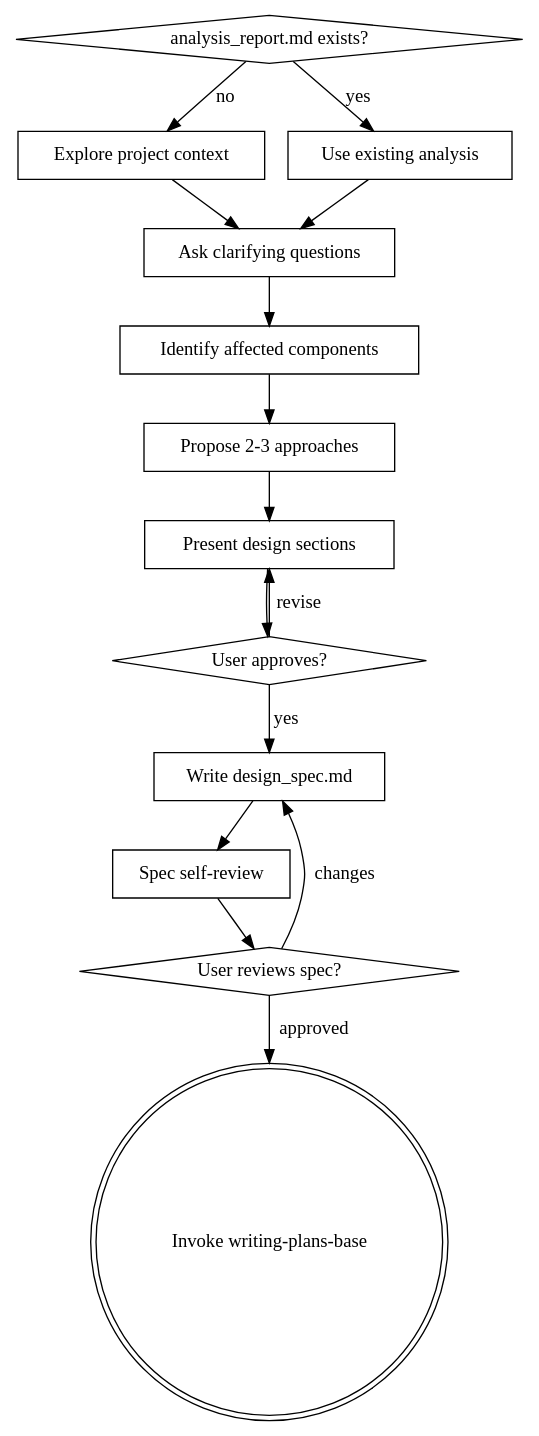
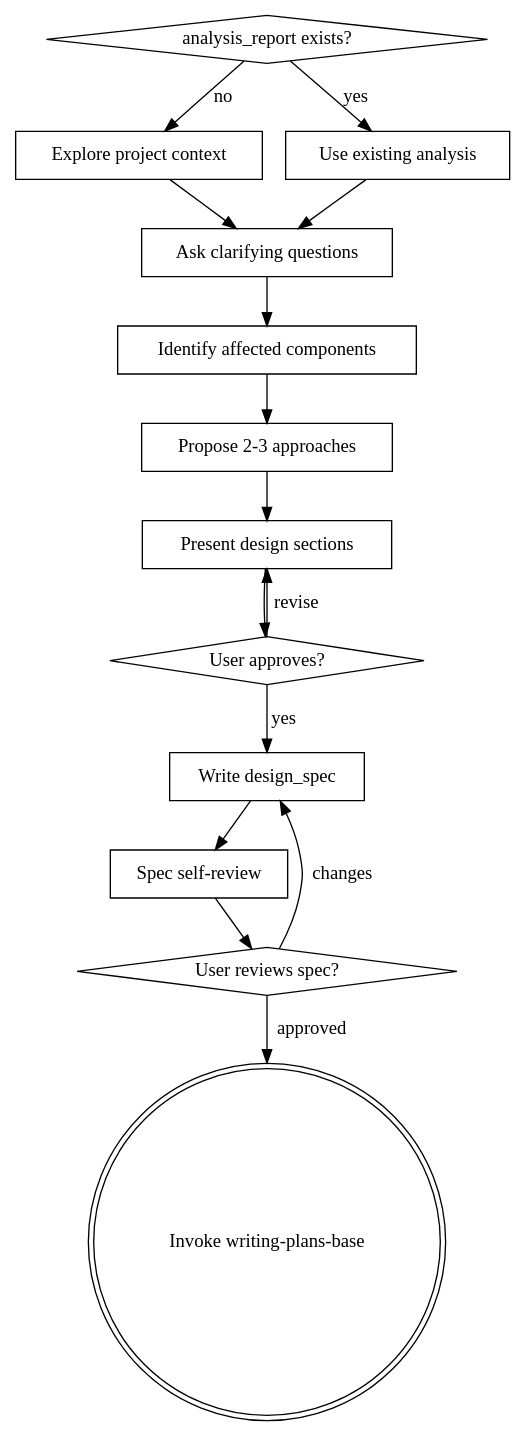
One commit to kmj5228/aim-harness changed the diagram in skills/brainstorming-base/SKILL.md. Above: the diagram before and after it, drawn with Graphviz. The commit also changed other lines of this file and 15 other files, not shown here.

````diff
--- a/skills/brainstorming-base/SKILL.md
+++ b/skills/brainstorming-base/SKILL.md
@@ -37,31 +37,31 @@
 ```dot
 digraph brainstorming {
-    "analysis_report.md exists?" [shape=diamond];
+    "analysis_report exists?" [shape=diamond];
     "Explore project context" [shape=box];
     "Use existing analysis" [shape=box];
     "Ask clarifying questions" [shape=box];
     "Identify affected components" [shape=box];
     "Propose 2-3 approaches" [shape=box];
     "Present design sections" [shape=box];
     "User approves?" [shape=diamond];
-    "Write design_spec.md" [shape=box];
+    "Write design_spec" [shape=box];
     "Spec self-review" [shape=box];
     "User reviews spec?" [shape=diamond];
     "Invoke writing-plans-base" [shape=doublecircle];
 
-    "analysis_report.md exists?" -> "Use existing analysis" [label="yes"];
-    "analysis_report.md exists?" -> "Explore project context" [label="no"];
+    "analysis_report exists?" -> "Use existing analysis" [label="yes"];
+    "analysis_report exists?" -> "Explore project context" [label="no"];
     "Use existing analysis" -> "Ask clarifying questions";
     "Explore project context" -> "Ask clarifying questions";
     "Ask clarifying questions" -> "Identify affected components";
     "Identify affected components" -> "Propose 2-3 approaches";
     "Propose 2-3 approaches" -> "Present design sections";
     "Present design sections" -> "User approves?";
     "User approves?" -> "Present design sections" [label="revise"];
-    "User approves?" -> "Write design_spec.md" [label="yes"];
-    "Write design_spec.md" -> "Spec self-review";
+    "User approves?" -> "Write design_spec" [label="yes"];
+    "Write design_spec" -> "Spec self-review";
     "Spec self-review" -> "User reviews spec?";
-    "User reviews spec?" -> "Write design_spec.md" [label="changes"];
+    "User reviews spec?" -> "Write design_spec" [label="changes"];
     "User reviews spec?" -> "Invoke writing-plans-base" [label="approved"];
 }
 ```
````
